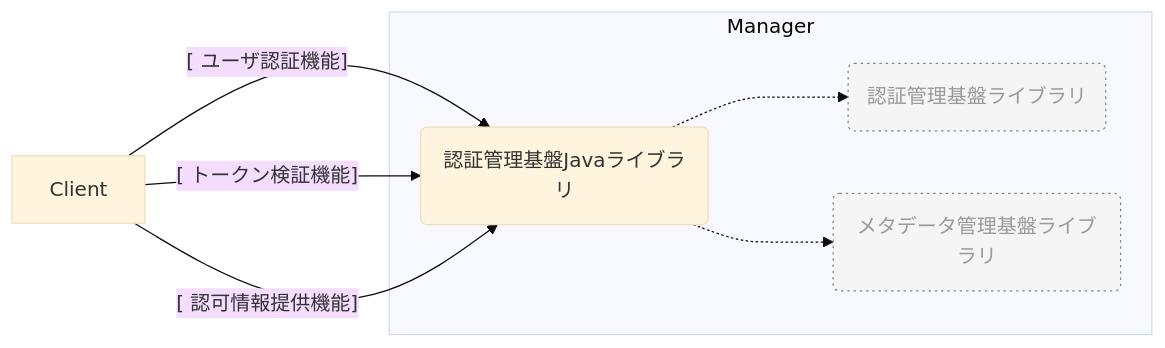
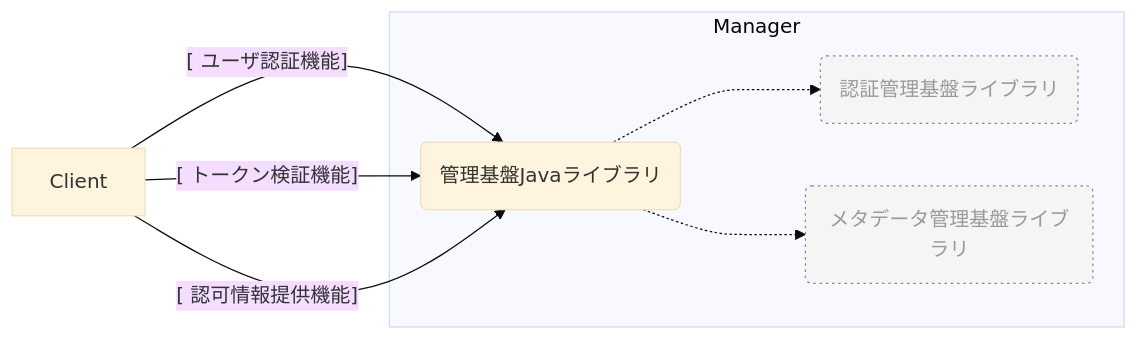
The second of 2 diagrams in authentication-manager/docs/authentication_API_specification.md (project-tsurugi/metadata-manager), drawn with Mermaid (base theme) before and after one commit. The commit also changed other lines of this file, not shown here.

Commit message:
Java library has been renamed.

````diff
--- a/authentication-manager/docs/authentication_API_specification.md
+++ b/authentication-manager/docs/authentication_API_specification.md
@@ -74,16 +74,16 @@
   ```mermaid
   graph LR
     classDef disabled color:#9a9a9a, fill:#f5f5f5, stroke:#888, stroke-dasharray:2 3
     Client
     subgraph Manager
-      AuthJava("認証管理基盤Javaライブラリ")
+      AuthJava("管理基盤Javaライブラリ")
       AuthMgr("認証管理基盤ライブラリ"):::disabled
       MetaMgr("メタデータ管理基盤ライブラリ"):::disabled
     end
 
     Client -- "[ ユーザ認証機能]" --> AuthJava
     Client -- "[ トークン検証機能]" --> AuthJava
     Client -- "[ 認可情報提供機能]" --> AuthJava
     AuthJava ..-> AuthMgr
     AuthJava ..-> MetaMgr
   ```
````
